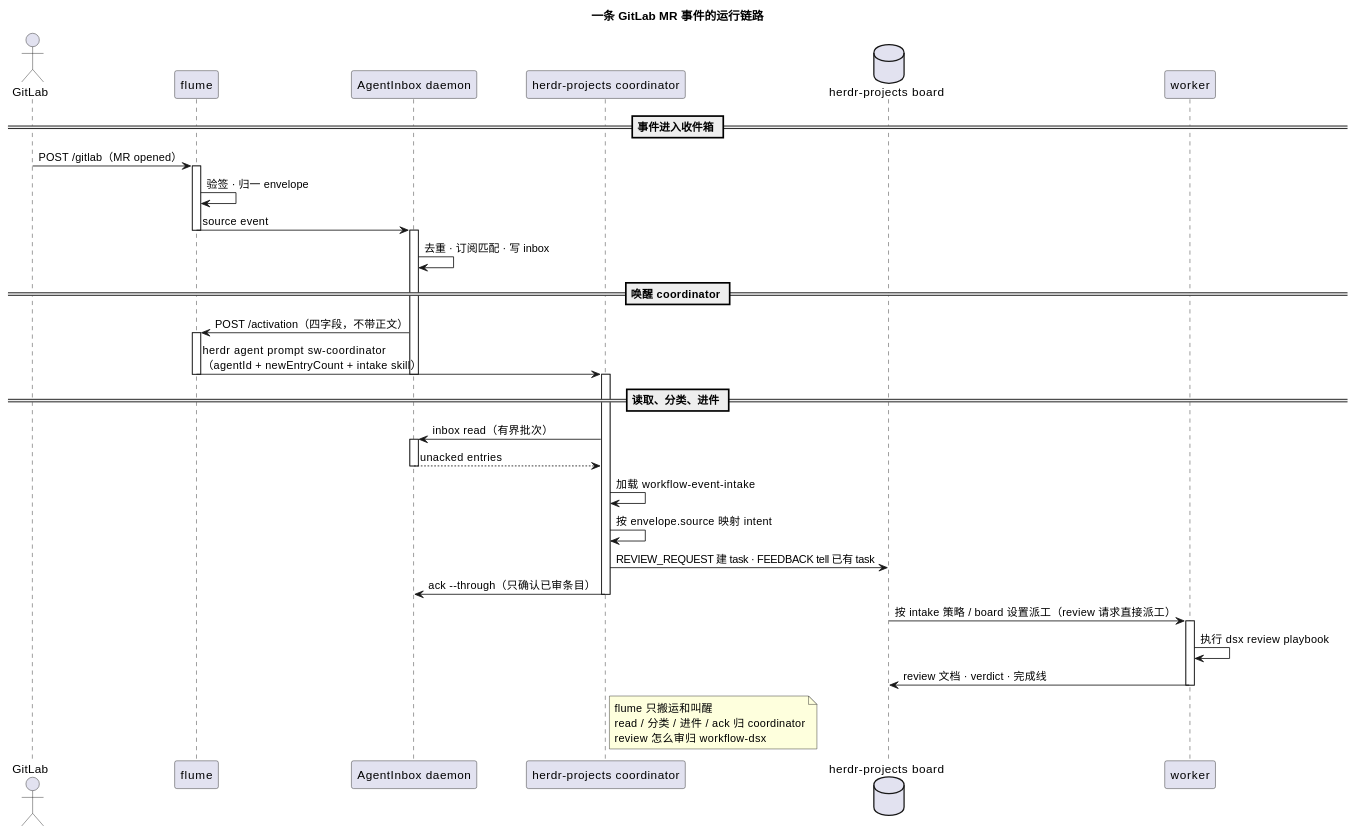
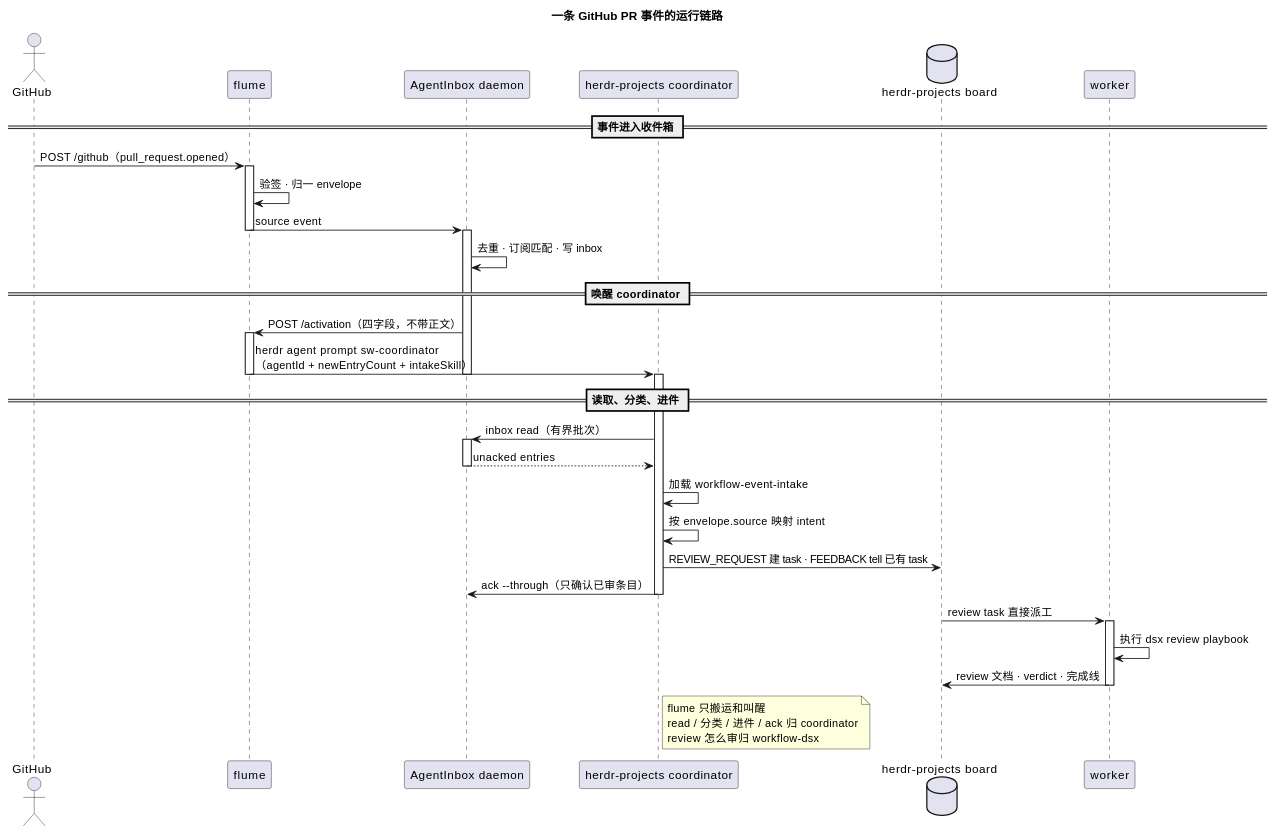
One commit to iodone/flume changed the diagram in README.md. Above: the diagram before and after it, drawn with PlantUML. The commit also changed other lines of this file and 15 other files, not shown here.

Commit message:
feat(github): add GitHub adapter and GitHub-first setup docs

````diff
--- a/README.md
+++ b/README.md
@@ -90,53 +191,53 @@
 ```plantuml
 @startuml
-title 一条 GitLab MR 事件的运行链路
+title 一条 GitHub PR 事件的运行链路
 
-actor       "GitLab"                      as GL
+actor       "GitHub"                      as GH
 participant "flume"                       as FL
 participant "AgentInbox daemon"           as AI
 participant "herdr-projects coordinator"  as CO
 database    "herdr-projects board"        as BD
 participant "worker"                      as WK
 
 == 事件进入收件箱 ==
-GL -> FL : POST /gitlab（MR opened）
+GH -> FL : POST /github（pull_request.opened）
 activate FL
 FL -> FL : 验签 · 归一 envelope
 FL -> AI : source event
 deactivate FL
 activate AI
 AI -> AI : 去重 · 订阅匹配 · 写 inbox
 
 == 唤醒 coordinator ==
 AI -> FL : POST /activation（四字段，不带正文）
 activate FL
-FL -> CO : herdr agent prompt sw-coordinator\n（agentId + newEntryCount + intake skill）
+FL -> CO : herdr agent prompt sw-coordinator\n（agentId + newEntryCount + intakeSkill）
 deactivate FL
 deactivate AI
 
 == 读取、分类、进件 ==
 activate CO
 CO -> AI : inbox read（有界批次）
 activate AI
 AI --> CO : unacked entries
 deactivate AI
 CO -> CO : 加载 workflow-event-intake
 CO -> CO : 按 envelope.source 映射 intent
 CO -> BD : REVIEW_REQUEST 建 task · FEEDBACK tell 已有 task
 CO -> AI : ack --through（只确认已审条目）
 deactivate CO
 
-BD -> WK : 按 intake 策略 / board 设置派工（review 请求直接派工）
+BD -> WK : review task 直接派工
 activate WK
 WK -> WK : 执行 dsx review playbook
 WK -> BD : review 文档 · verdict · 完成线
 deactivate WK
 
 note right of CO
   flume 只搬运和叫醒
   read / 分类 / 进件 / ack 归 coordinator
   review 怎么审归 workflow-dsx
 end note
 
 @enduml
 ```
````
